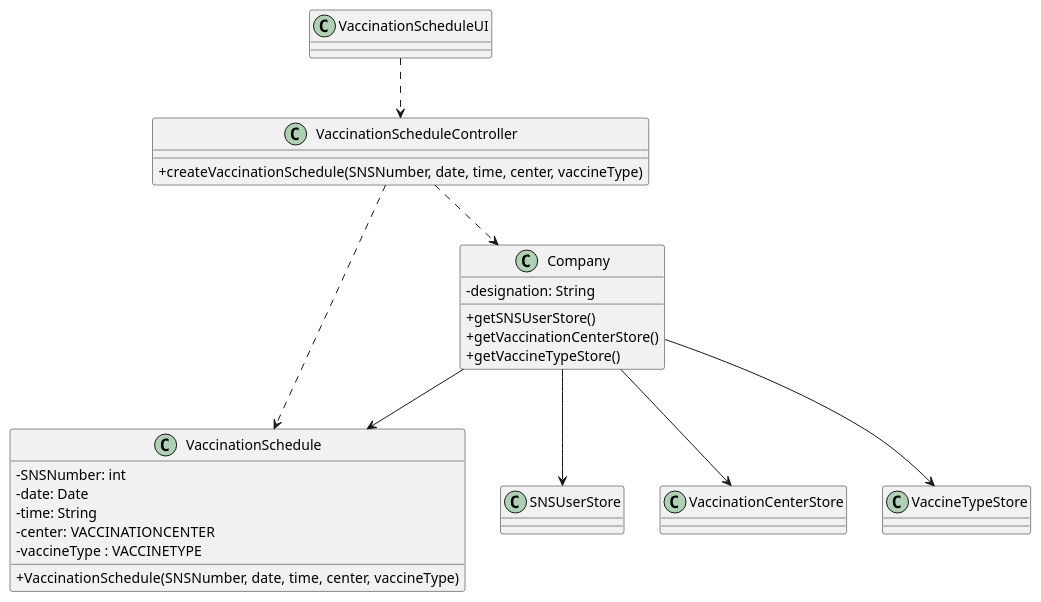
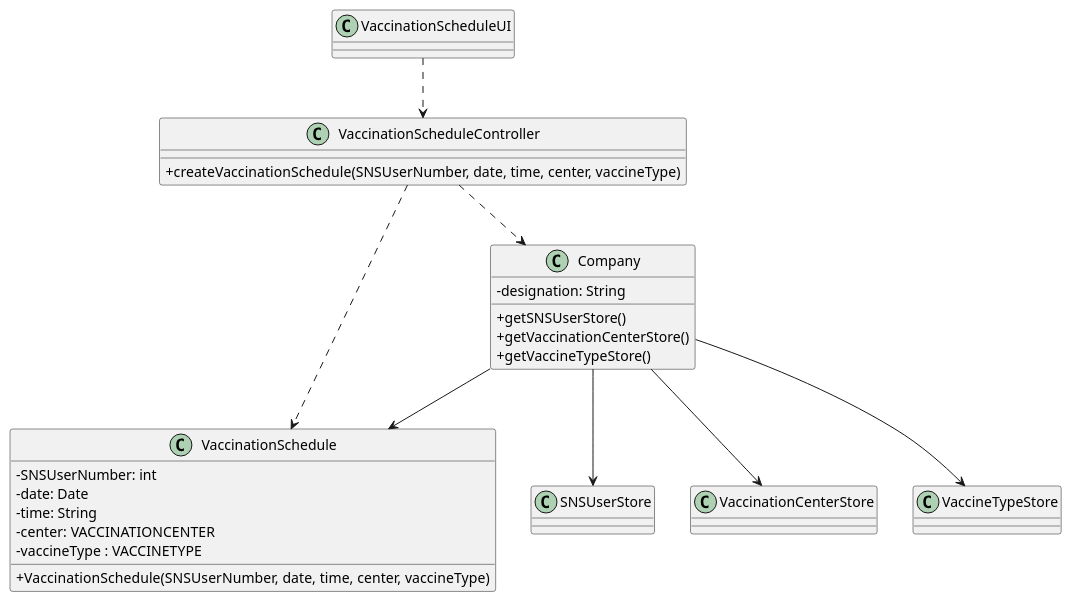
Before and after one commit to miseEnPlace-i/lapr2: the diagram in docs/SprintC/US02/CD/US02_CD.puml, drawn with PlantUML. The commit also changed 1 other file, not shown here.

```diff
--- a/docs/SprintC/US02/CD/US02_CD.puml
+++ b/docs/SprintC/US02/CD/US02_CD.puml
@@ -1,42 +1,42 @@
 @startuml US02_CD
 skinparam classAttributeIconSize 0
 
 class VaccinationSchedule {
-  - SNSNumber: int
+  - SNSUserNumber: int
   - date: Date
   - time: String
   - center: VACCINATIONCENTER
   - vaccineType : VACCINETYPE
-  +VaccinationSchedule(SNSNumber, date, time, center, vaccineType)
+  +VaccinationSchedule(SNSUserNumber, date, time, center, vaccineType)
 }
 
 
 class Company {
   -designation: String
   +getSNSUserStore()
   +getVaccinationCenterStore()
   +getVaccineTypeStore()
 }
 
 class VaccinationScheduleController {
-  +createVaccinationSchedule(SNSNumber, date, time, center, vaccineType)
+  +createVaccinationSchedule(SNSUserNumber, date, time, center, vaccineType)
 }
 
 class VaccinationScheduleUI {}
 
 class SNSUserStore {}
 
 class VaccinationCenterStore {}
 
 class VaccineTypeStore {}
 
 VaccinationScheduleUI ..> VaccinationScheduleController
 VaccinationScheduleController ..> VaccinationSchedule
 VaccinationScheduleController ..> Company
 Company --> VaccinationSchedule
 Company --> SNSUserStore
 Company --> VaccinationCenterStore
 Company --> VaccineTypeStore
 
 
 @enduml
```
